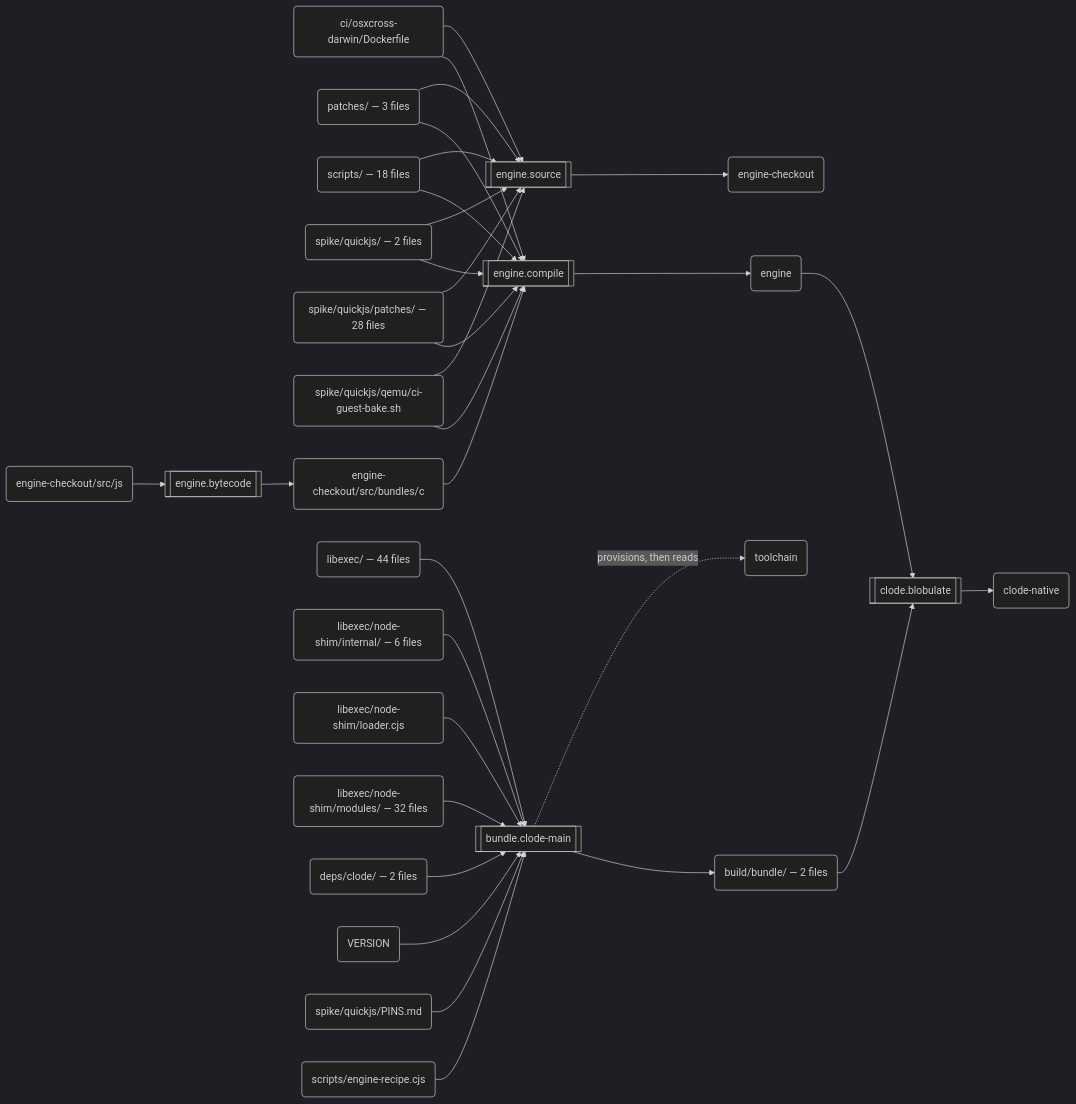
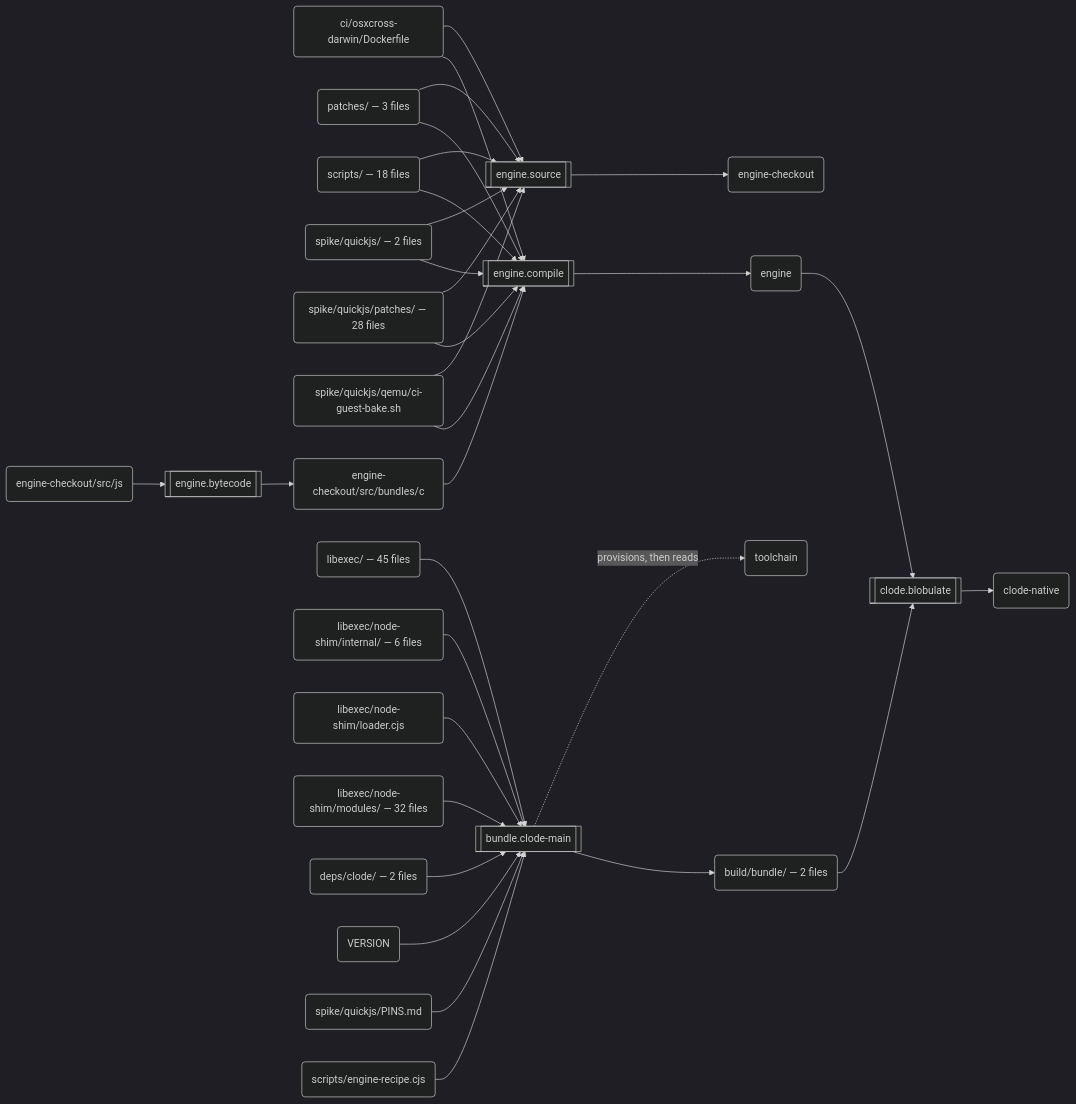
The second of 3 diagrams in docs/build.md (schmonz/clode), drawn with Mermaid (dark theme) before and after one commit.

Commit message:
docs(build): the generated build page counts libexec/rg-entry.cjs
render-build-graph --write after 0175a71 added the rg command to libexec/ (44 -> 45
files); docs-build-page-fresh named it stale.

Claude-Session: https://claude.ai/code/session_01RQ4P42ytqzezaqSFC8jMjK

````diff
--- a/docs/build.md
+++ b/docs/build.md
@@ -123,59 +123,59 @@
 ```mermaid
 flowchart LR
   s0[["engine.source"]]
   a0("ci/osxcross-darwin/Dockerfile")
   a1("patches/ — 3 files")
   a2("scripts/ — 18 files")
   a3("spike/quickjs/ — 2 files")
   a4("spike/quickjs/patches/ — 28 files")
   a5("spike/quickjs/qemu/ci-guest-bake.sh")
   a6("engine-checkout")
   s1[["engine.bytecode"]]
   a7("engine-checkout/src/js")
   a8("engine-checkout/src/bundles/c")
   s2[["engine.compile"]]
   a9("engine")
   s3[["bundle.clode-main"]]
-  a10("libexec/ — 44 files")
+  a10("libexec/ — 45 files")
   a11("libexec/node-shim/internal/ — 6 files")
   a12("libexec/node-shim/loader.cjs")
   a13("libexec/node-shim/modules/ — 32 files")
   a14("deps/clode/ — 2 files")
   a15("VERSION")
   a16("spike/quickjs/PINS.md")
   a17("scripts/engine-recipe.cjs")
   a18("toolchain")
   a19("build/bundle/ — 2 files")
   s4[["clode.blobulate"]]
   a20("clode-native")
   a0 --> s0
   a1 --> s0
   a2 --> s0
   a3 --> s0
   a4 --> s0
   a5 --> s0
   s0 --> a6
   a7 --> s1
   s1 --> a8
   a8 --> s2
   a0 --> s2
   a1 --> s2
   a2 --> s2
   a3 --> s2
   a4 --> s2
   a5 --> s2
   s2 --> a9
   a10 --> s3
   a11 --> s3
   a12 --> s3
   a13 --> s3
   a14 --> s3
   a15 --> s3
   a16 --> s3
   a17 --> s3
   s3 -.->|"provisions, then reads"| a18
   s3 --> a19
   a9 --> s4
   a19 --> s4
   s4 --> a20
 ```
````
